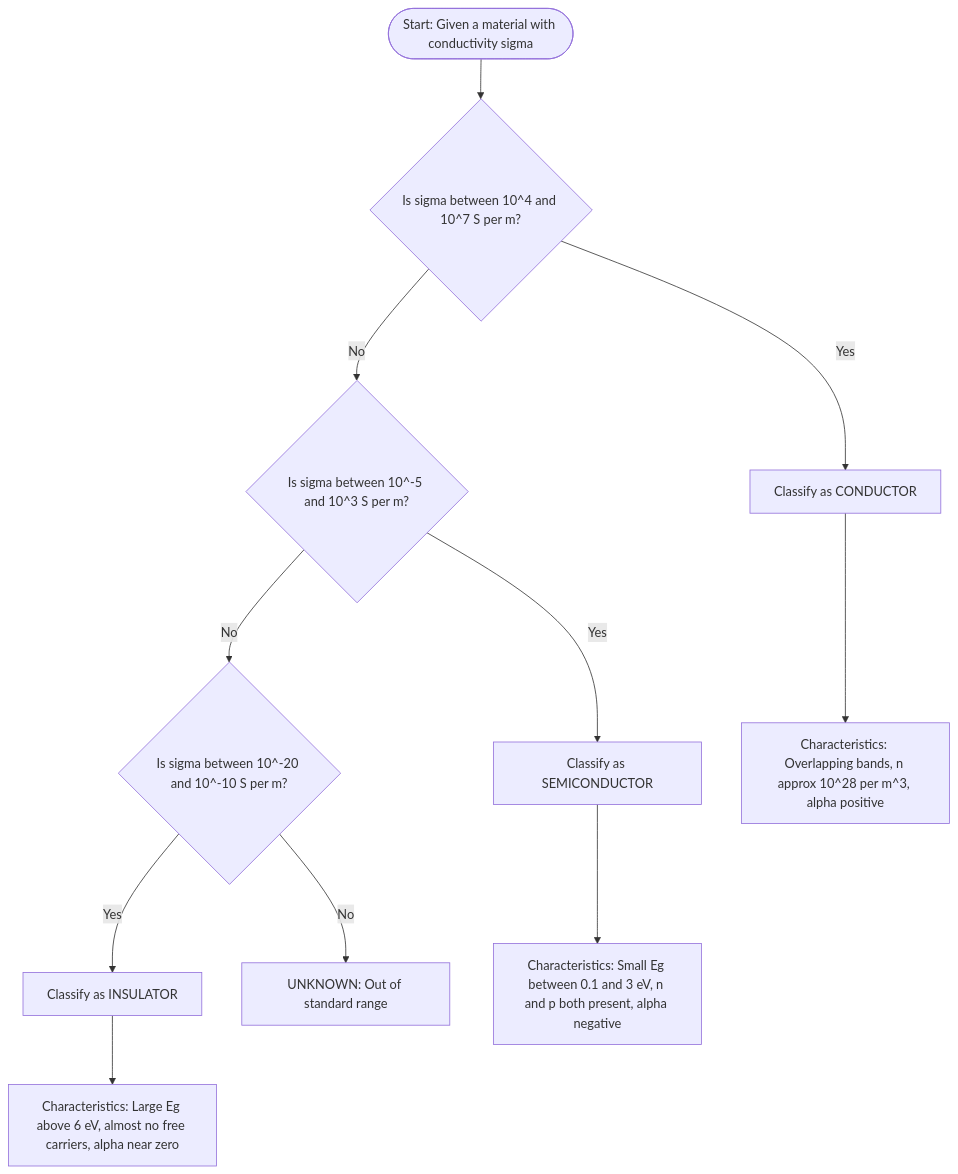
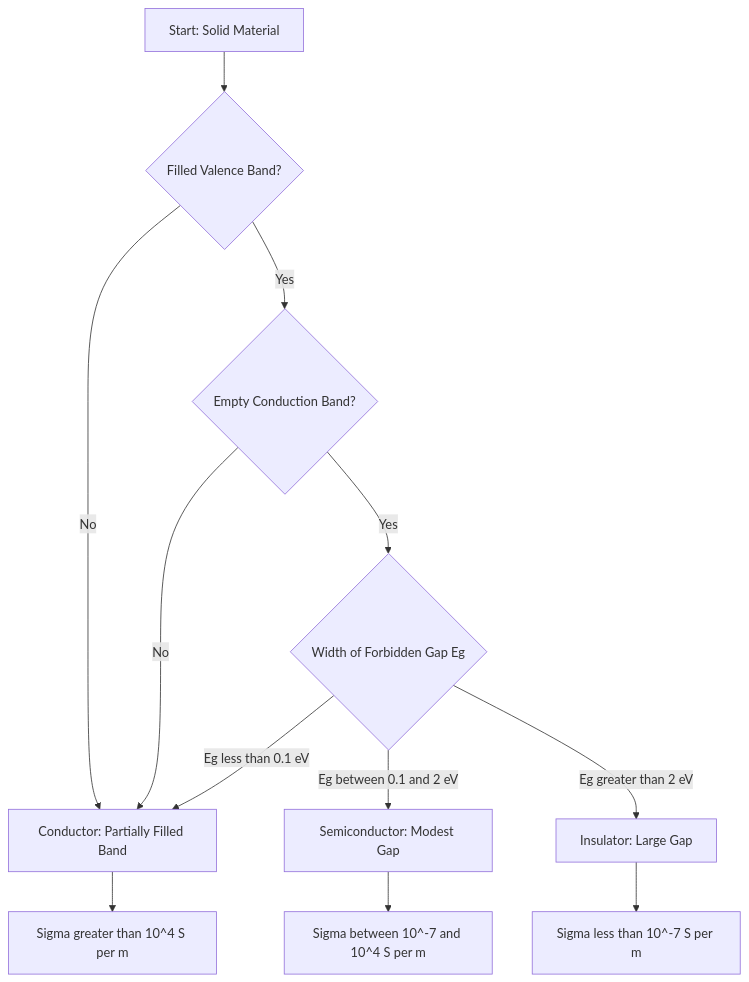
One commit to vishnuu-kr/ktunode changed the first of 3 diagrams in public/notes/computer-science-and-engineering/semester-1/gapht121-physics-for-information-science/01-module-1-electrical-conductivity/classification-of-materials-into-conductor-semiconductor-and-insulator/notes.md. Above: the diagram before and after it, drawn with Mermaid. The commit also changed other lines of this file and 4829 other files, not shown here.

````diff
--- a/public/notes/computer-science-and-engineering/semester-1/gapht121-physics-for-information-science/01-module-1-electrical-conductivity/classification-of-materials-into-conductor-semiconductor-and-insulator/notes.md
+++ b/public/notes/computer-science-and-engineering/semester-1/gapht121-physics-for-information-science/01-module-1-electrical-conductivity/classification-of-materials-into-conductor-semiconductor-and-insulator/notes.md
@@ -352,14 +351,17 @@
 ```mermaid
 flowchart TD
-    startA([Start: Given a material with conductivity sigma]) --> check1{Is sigma between 10^4 and 10^7 S per m?}
-    check1 -- Yes --> condA[Classify as CONDUCTOR]
-    check1 -- No --> check2{Is sigma between 10^-5 and 10^3 S per m?}
-    check2 -- Yes --> semiA[Classify as SEMICONDUCTOR]
-    check2 -- No --> check3{Is sigma between 10^-20 and 10^-10 S per m?}
-    check3 -- Yes --> insA[Classify as INSULATOR]
-    check3 -- No --> unkA[UNKNOWN: Out of standard range]
+    A[Start: Solid Material] --> B{Filled Valence Band?}
+    B -- Yes --> C{Empty Conduction Band?}
+    B -- No --> F1[Conductor: Partially Filled Band]
 
-    condA --> charA[Characteristics: Overlapping bands, n approx 10^28 per m^3, alpha positive]
-    semiA --> charB[Characteristics: Small Eg between 0.1 and 3 eV, n and p both present, alpha negative]
-    insA --> charC[Characteristics: Large Eg above 6 eV, almost no free carriers, alpha near zero]
+    C -- Yes --> D{Width of Forbidden Gap Eg}
+    C -- No --> F1
+
+    D -- Eg less than 0.1 eV --> F1
+    D -- Eg between 0.1 and 2 eV --> F2[Semiconductor: Modest Gap]
+    D -- Eg greater than 2 eV --> F3[Insulator: Large Gap]
+
+    F1 --> G1[Sigma greater than 10^4 S per m]
+    F2 --> G2[Sigma between 10^-7 and 10^4 S per m]
+    F3 --> G3[Sigma less than 10^-7 S per m]
 ```
````
